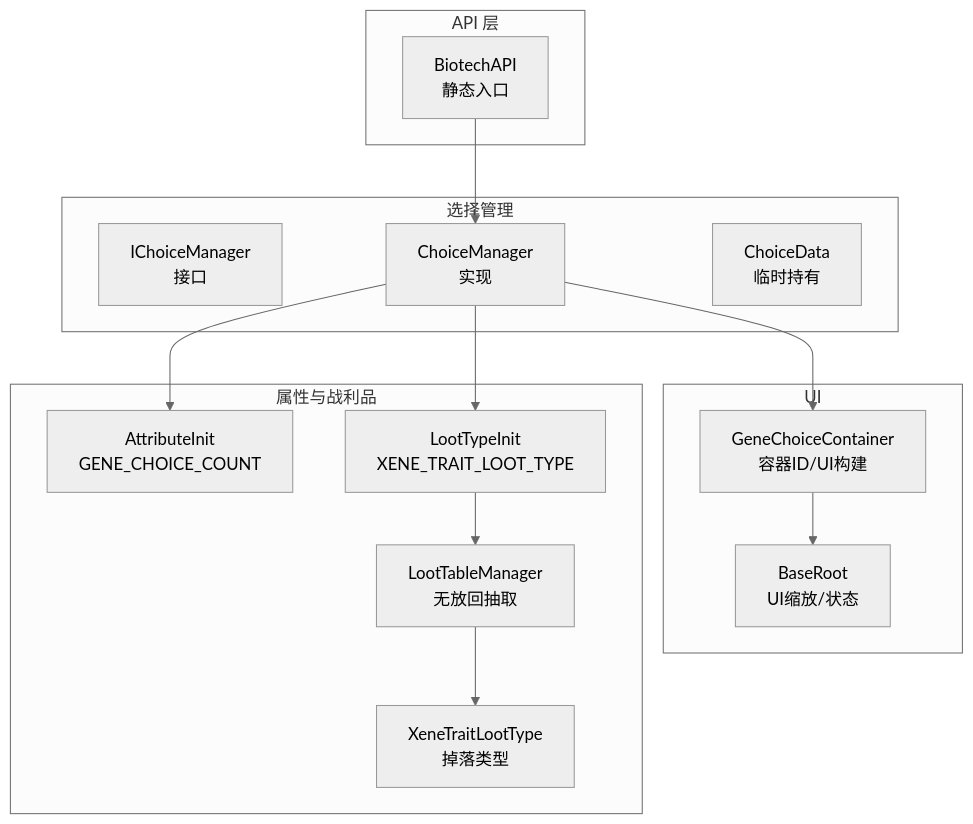
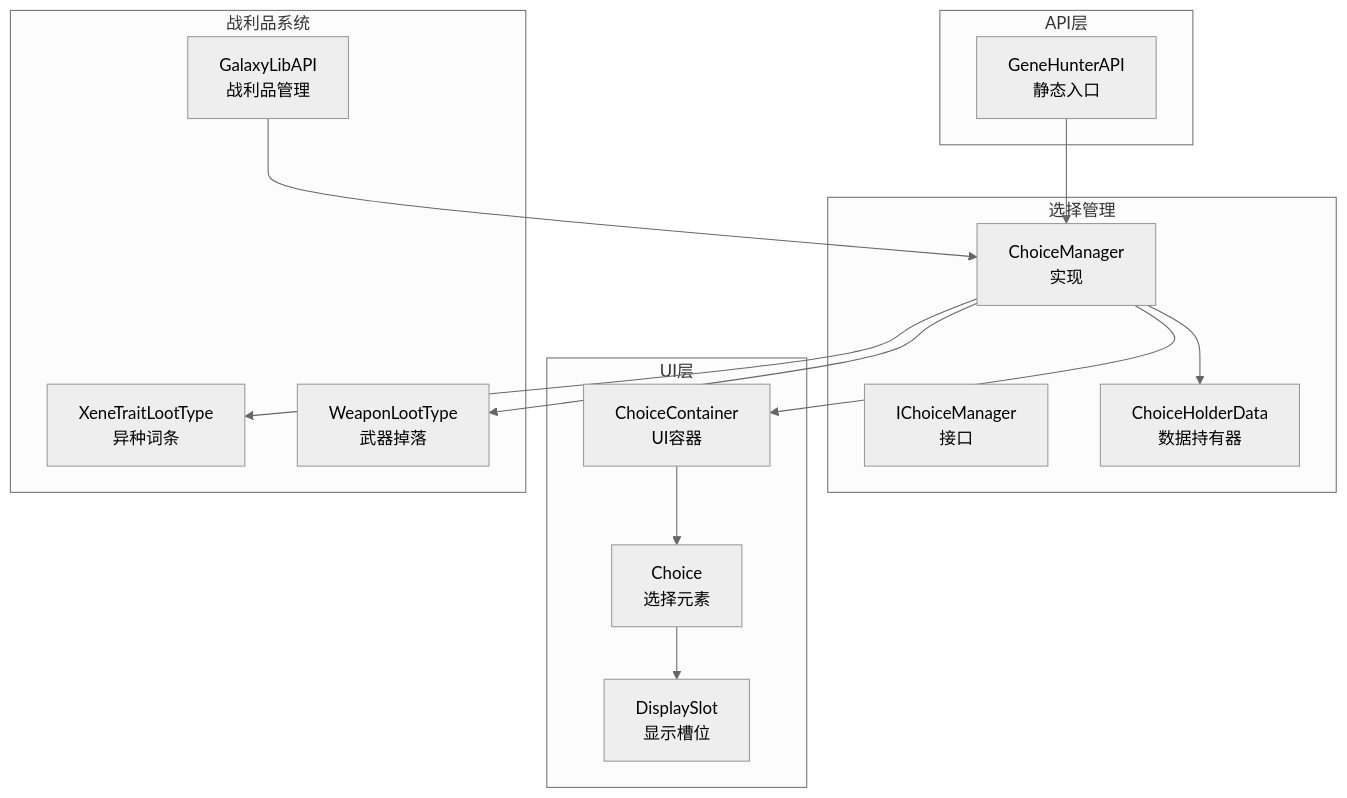
The first of 6 diagrams in .qoder/repowiki/zh/content/API参考文档/BiotechAPI核心接口/基因选择管理.md (Ver-shift/SubModulesGeneHunter), drawn with Mermaid (neutral theme) before and after one commit. The commit also changed other lines of this file and 42 other files, not shown here.

````diff
--- a/.qoder/repowiki/zh/content/API参考文档/BiotechAPI核心接口/基因选择管理.md
+++ b/.qoder/repowiki/zh/content/API参考文档/BiotechAPI核心接口/基因选择管理.md
@@ -48,28 +60,29 @@
 ```mermaid
 graph TB
-subgraph "API 层"
-A["BiotechAPI<br/>静态入口"]
+subgraph "API层"
+A["GeneHunterAPI<br/>静态入口"]
 end
 subgraph "选择管理"
 B["IChoiceManager<br/>接口"]
 C["ChoiceManager<br/>实现"]
-D["ChoiceData<br/>临时持有"]
+D["ChoiceHolderData<br/>数据持有器"]
 end
-subgraph "UI"
-E["GeneChoiceContainer<br/>容器ID/UI构建"]
-F["BaseRoot<br/>UI缩放/状态"]
+subgraph "UI层"
+E["ChoiceContainer<br/>UI容器"]
+F["Choice<br/>选择元素"]
+G["DisplaySlot<br/>显示槽位"]
 end
-subgraph "属性与战利品"
-G["AttributeInit<br/>GENE_CHOICE_COUNT"]
-H["LootTypeInit<br/>XENE_TRAIT_LOOT_TYPE"]
-I["LootTableManager<br/>无放回抽取"]
-J["XeneTraitLootType<br/>掉落类型"]
+subgraph "战利品系统"
+H["XeneTraitLootType<br/>异种词条"]
+I["WeaponLootType<br/>武器掉落"]
+J["GalaxyLibAPI<br/>战利品管理"]
 end
 A --> C
+C --> D
 C --> E
-C --> G
+E --> F
+F --> G
 C --> H
-H --> I
-I --> J
-E --> F
+C --> I
+J --> C
 ```
````
